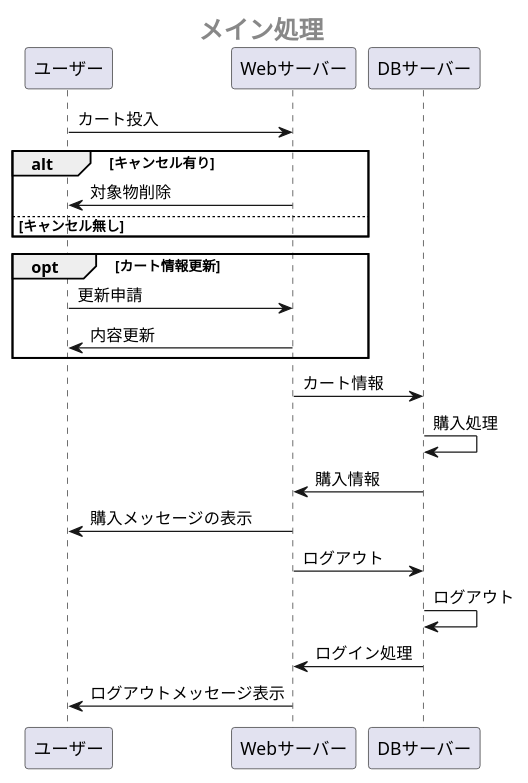
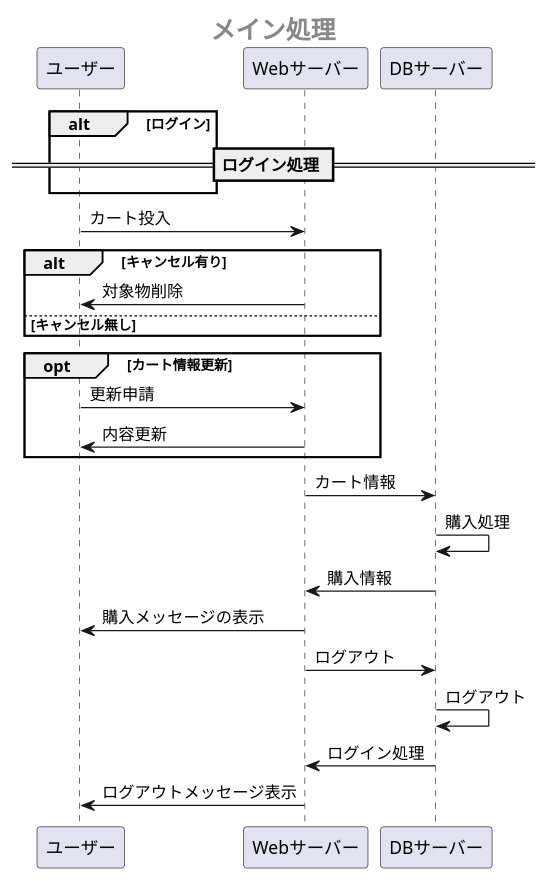
One commit to Aso2001385/2021sys-design changed the first of 2 diagrams in sample/OperationFrow.md. Above: the diagram before and after it, drawn with PlantUML.

````diff
--- a/sample/OperationFrow.md
+++ b/sample/OperationFrow.md
@@ -1,36 +1,37 @@
 ```uml 
 @startuml 
 center header <size:20><b>メイン処理</b></size>
 
 
- 
-
+alt ログイン
+ == ログイン処理 ==
+end
 ユーザー -> Webサーバー:カート投入
 
 
 
   
   alt キャンセル有り
       Webサーバー ->ユーザー:対象物削除
     else キャンセル無し
   end
   
   opt カート情報更新
       ユーザー -> Webサーバー:更新申請
       Webサーバー ->ユーザー:内容更新
   end
   
 Webサーバー -> DBサーバー:カート情報
 DBサーバー -> DBサーバー:購入処理
 DBサーバー -> Webサーバー:購入情報
 Webサーバー ->ユーザー:購入メッセージの表示
 
  
 
 Webサーバー -> DBサーバー:ログアウト
 DBサーバー -> DBサーバー:ログアウト
 DBサーバー -> Webサーバー:ログイン処理
 Webサーバー ->ユーザー:ログアウトメッセージ表示
 
 @enduml
 ```
````
